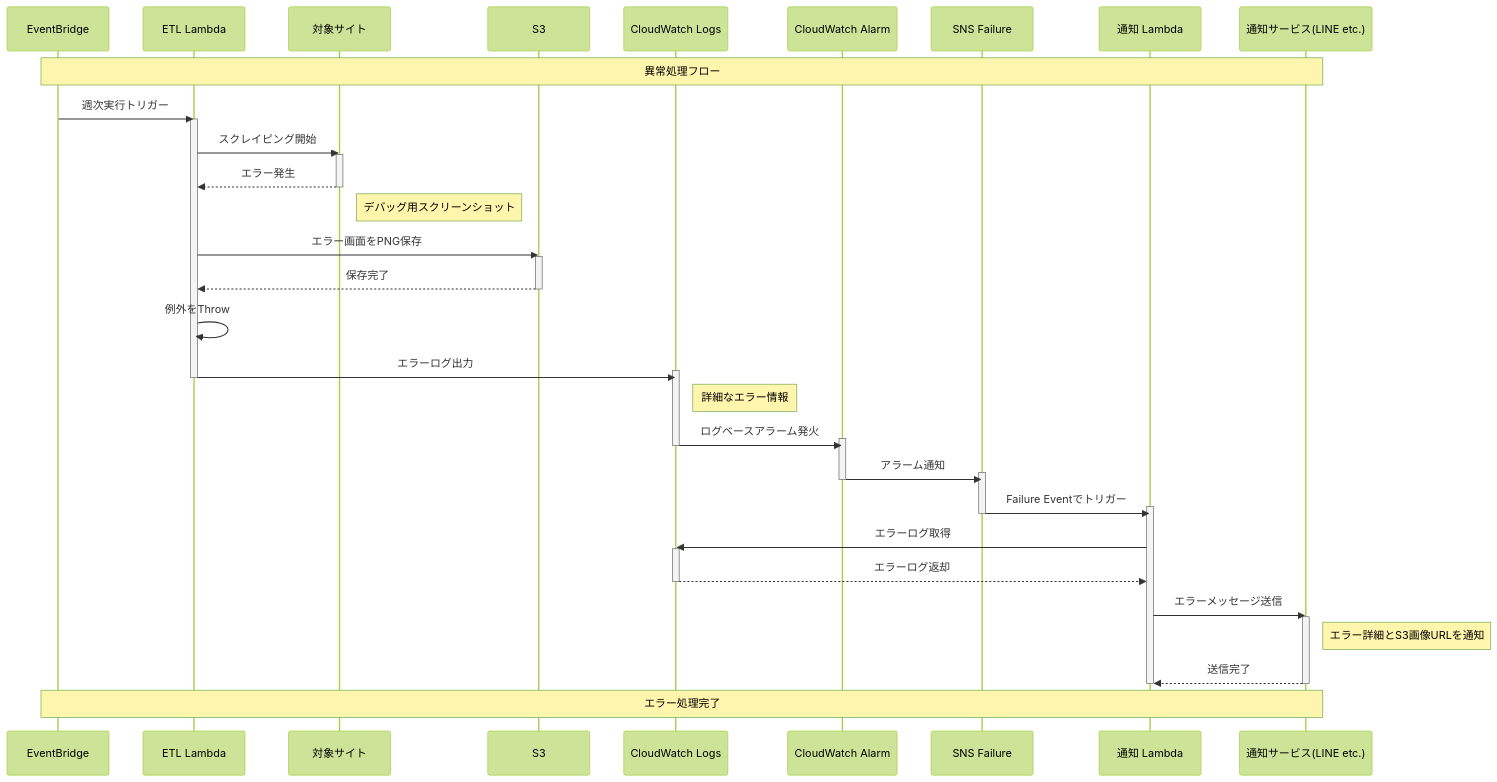
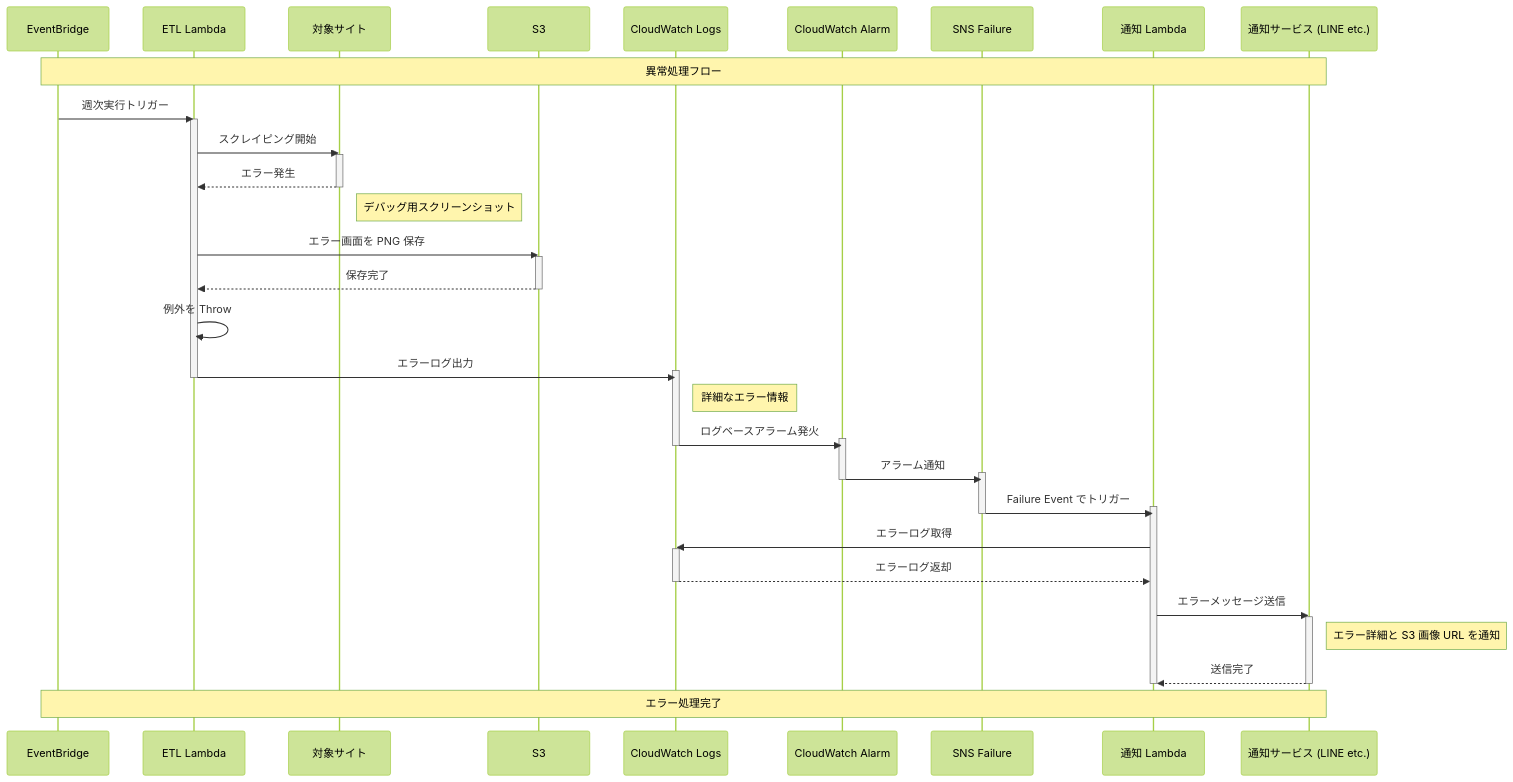
The second of 2 diagrams in README.md (kamaD-y/dcp-ops-monitor), drawn with Mermaid (forest theme) before and after one commit. The commit also changed other lines of this file, not shown here.

````diff
--- a/README.md
+++ b/README.md
@@ -78,60 +78,60 @@
 ```mermaid
 sequenceDiagram
     participant Scheduler as EventBridge
     participant ETL as ETL Lambda
     participant Web as 対象サイト
     participant S3 as S3
     participant CWL as CloudWatch Logs
     participant Alarm as CloudWatch Alarm
     participant SNS_F as SNS Failure
     participant Notify as 通知 Lambda
-    participant Notifications as 通知サービス(LINE etc.)
+    participant Notifications as 通知サービス (LINE etc.)
 
     Note over Scheduler, Notifications: 異常処理フロー
     
     Scheduler->>ETL: 週次実行トリガー
     activate ETL
     
     ETL->>Web: スクレイピング開始
     activate Web
     Web-->>ETL: エラー発生
     deactivate Web
     Note right of Web: デバッグ用スクリーンショット
     
-    ETL->>S3: エラー画面をPNG保存
+    ETL->>S3: エラー画面を PNG 保存
     activate S3
     S3-->>ETL: 保存完了
     deactivate S3
     
-    ETL->>ETL: 例外をThrow
+    ETL->>ETL: 例外を Throw
     ETL->>CWL: エラーログ出力
     activate CWL
     deactivate ETL
     Note right of CWL: 詳細なエラー情報
     
     CWL->>Alarm: ログベースアラーム発火
     activate Alarm
     deactivate CWL
     
     Alarm->>SNS_F: アラーム通知
     activate SNS_F
     deactivate Alarm
     
-    SNS_F->>Notify: Failure Eventでトリガー
+    SNS_F->>Notify: Failure Event でトリガー
     activate Notify
     deactivate SNS_F
     
     Notify->>CWL: エラーログ取得
     activate CWL
     CWL-->>Notify: エラーログ返却
     deactivate CWL
        
     Notify->>Notifications: エラーメッセージ送信
     activate Notifications
-    Note right of Notifications: エラー詳細とS3画像URLを通知
+    Note right of Notifications: エラー詳細と S3 画像 URL を通知
     Notifications-->>Notify: 送信完了
     deactivate Notifications
     deactivate Notify
     
     Note over Scheduler, Notifications: エラー処理完了
 ```
````
